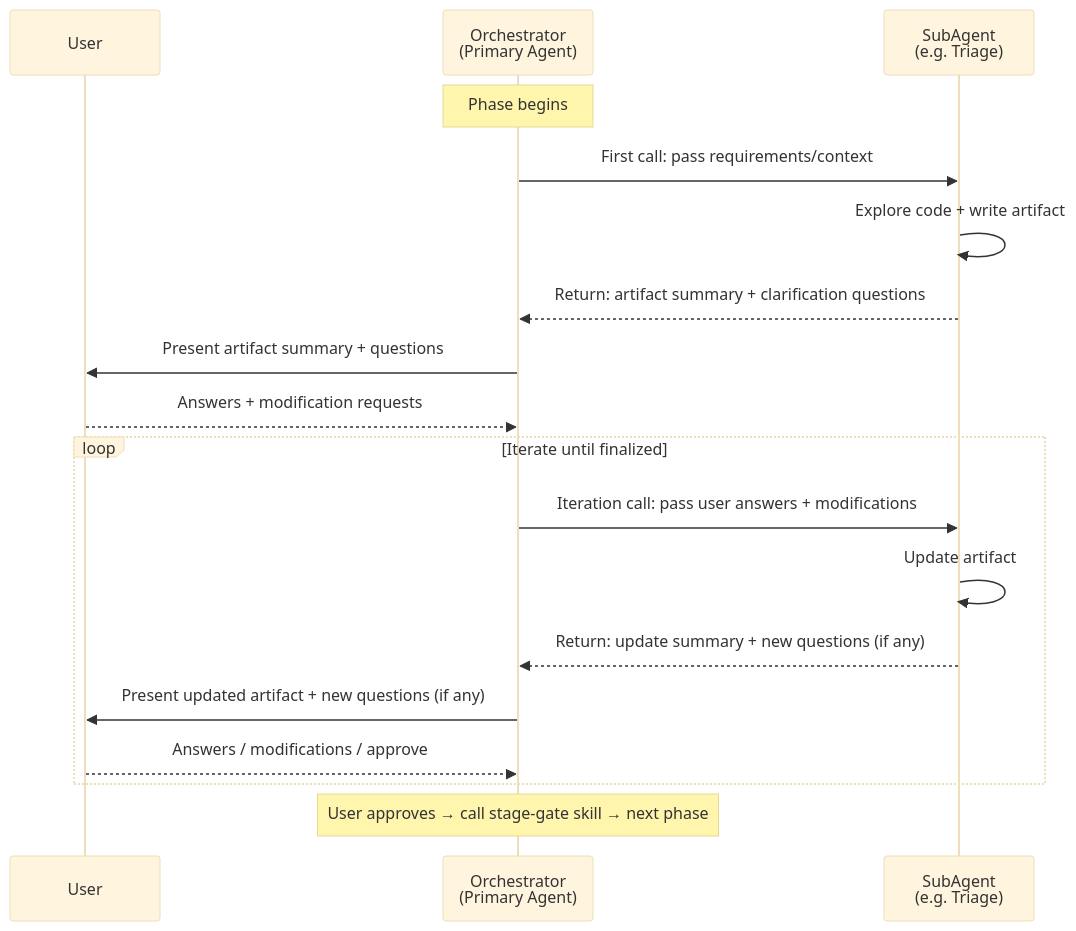
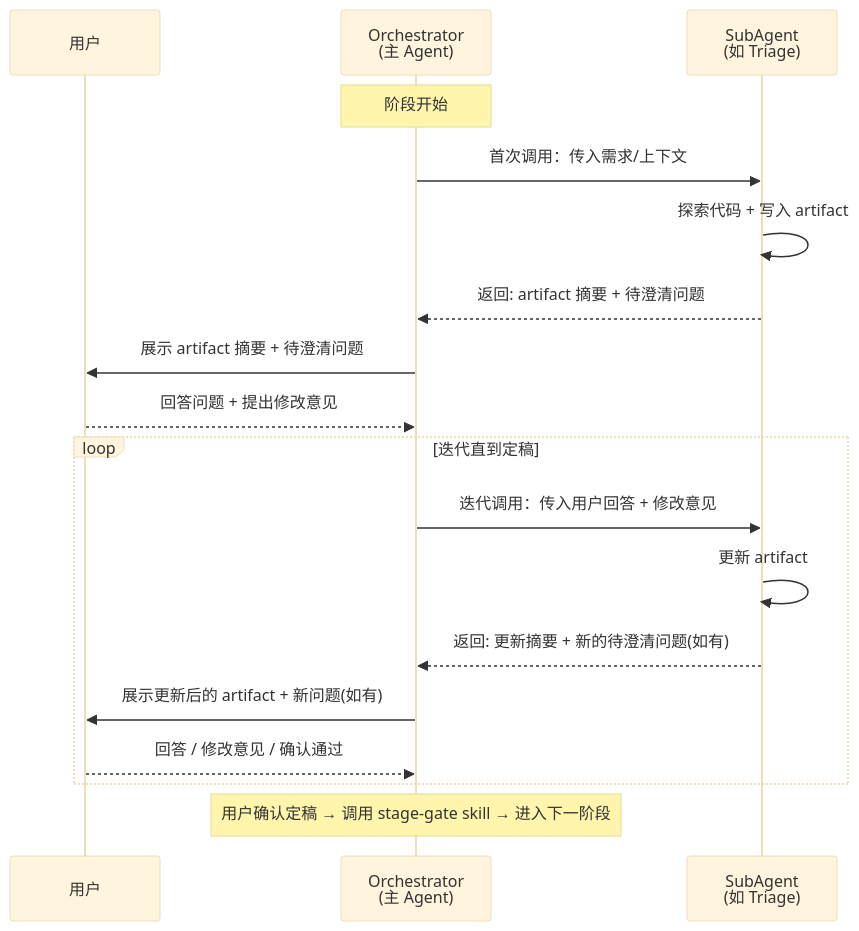
The third of 7 diagrams in ARCHITECTURE.md (daydreamer258/opencode-sdd-pipeline), drawn with Mermaid (base theme) before and after one commit. The commit also changed other lines of this file and 1 other file, not shown here.

First line of the commit message:
将 README 和 ARCHITECTURE 改为中文，Quick Start 补充 AGENTS.md

````diff
--- a/ARCHITECTURE.md
+++ b/ARCHITECTURE.md
@@ -116,24 +116,24 @@
 ```mermaid
 sequenceDiagram
-    participant U as User
-    participant O as Orchestrator<br/>(Primary Agent)
-    participant S as SubAgent<br/>(e.g. Triage)
+    participant U as 用户
+    participant O as Orchestrator<br/>(主 Agent)
+    participant S as SubAgent<br/>(如 Triage)
 
-    Note over O: Phase begins
-    O->>S: First call: pass requirements/context
-    S->>S: Explore code + write artifact
-    S-->>O: Return: artifact summary + clarification questions
+    Note over O: 阶段开始
+    O->>S: 首次调用：传入需求/上下文
+    S->>S: 探索代码 + 写入 artifact
+    S-->>O: 返回: artifact 摘要 + 待澄清问题
 
-    O->>U: Present artifact summary + questions
-    U-->>O: Answers + modification requests
+    O->>U: 展示 artifact 摘要 + 待澄清问题
+    U-->>O: 回答问题 + 提出修改意见
 
-    loop Iterate until finalized
-        O->>S: Iteration call: pass user answers + modifications
-        S->>S: Update artifact
-        S-->>O: Return: update summary + new questions (if any)
-        O->>U: Present updated artifact + new questions (if any)
-        U-->>O: Answers / modifications / approve
+    loop 迭代直到定稿
+        O->>S: 迭代调用：传入用户回答 + 修改意见
+        S->>S: 更新 artifact
+        S-->>O: 返回: 更新摘要 + 新的待澄清问题(如有)
+        O->>U: 展示更新后的 artifact + 新问题(如有)
+        U-->>O: 回答 / 修改意见 / 确认通过
     end
 
-    Note over O: User approves → call stage-gate skill → next phase
+    Note over O: 用户确认定稿 → 调用 stage-gate skill → 进入下一阶段
 ```
````
